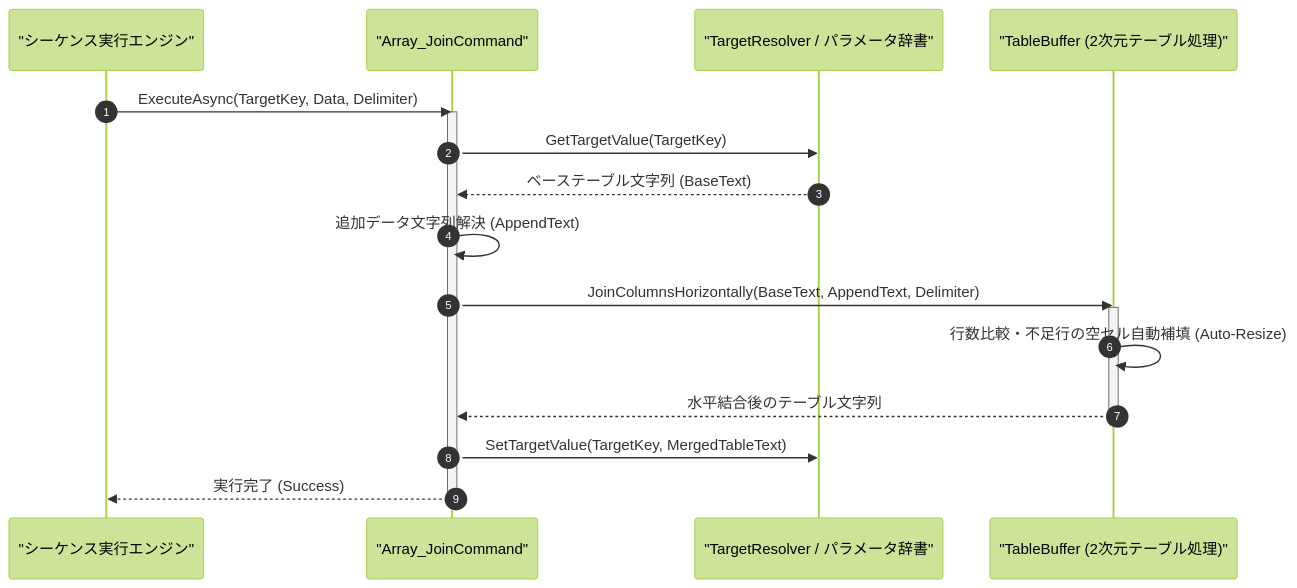
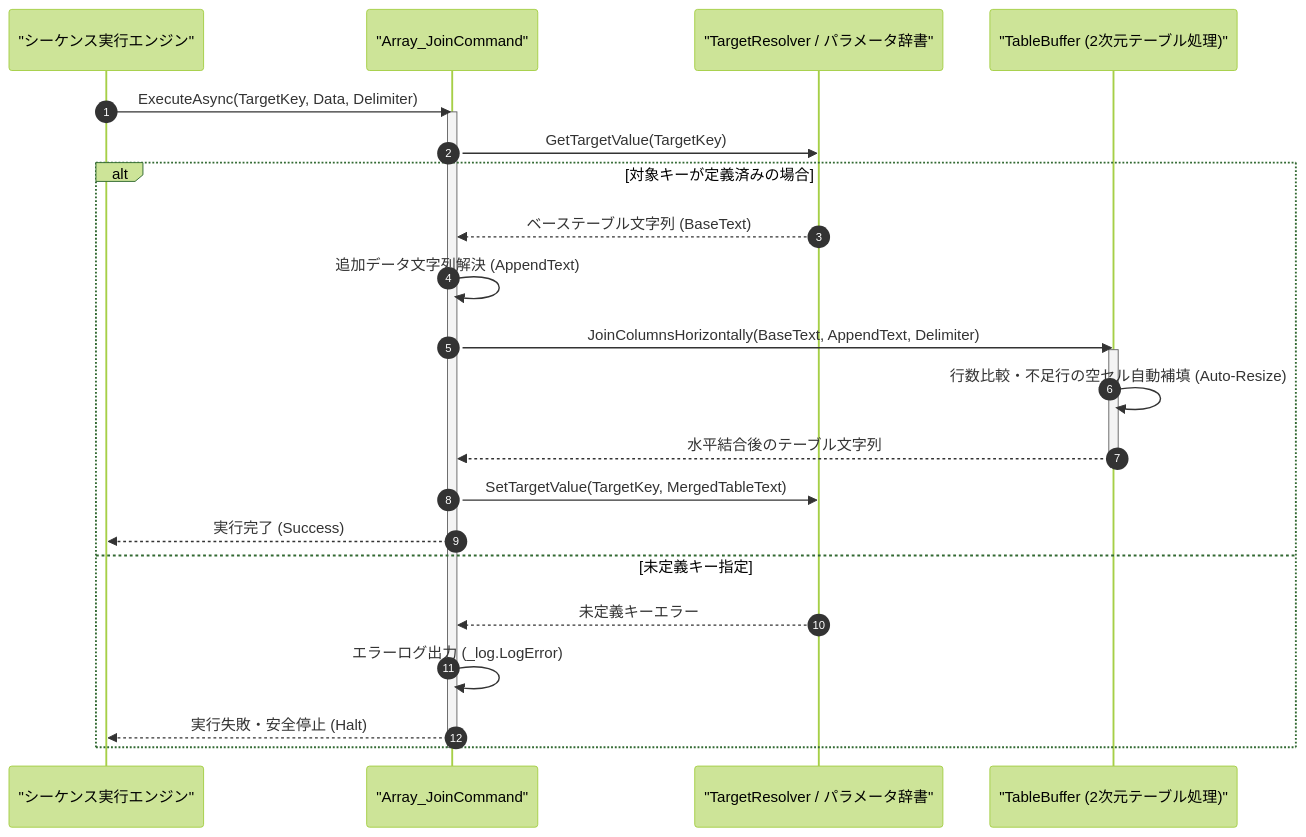
The diagram in Manual/Core/Array/Array_Join.Md (Monaca-App/TermAddIn), drawn with Mermaid (forest theme) before and after one commit. The commit also changed 40 other files, not shown here.

````diff
--- a/Manual/Core/Array/Array_Join.Md
+++ b/Manual/Core/Array/Array_Join.Md
@@ -67,22 +67,28 @@
 ```mermaid
 sequenceDiagram
     autonumber
     participant Engine as "シーケンス実行エンジン"
     participant Cmd as "Array_JoinCommand"
     participant Target as "TargetResolver / パラメータ辞書"
     participant Buffer as "TableBuffer (2次元テーブル処理)"
 
     Engine->>Cmd: ExecuteAsync(TargetKey, Data, Delimiter)
     activate Cmd
     Cmd->>Target: GetTargetValue(TargetKey)
-    Target-->>Cmd: ベーステーブル文字列 (BaseText)
-    Cmd->>Cmd: 追加データ文字列解決 (AppendText)
-    Cmd->>Buffer: JoinColumnsHorizontally(BaseText, AppendText, Delimiter)
-    activate Buffer
-    Buffer->>Buffer: 行数比較・不足行の空セル自動補填 (Auto-Resize)
-    Buffer-->>Cmd: 水平結合後のテーブル文字列
-    deactivate Buffer
-    Cmd->>Target: SetTargetValue(TargetKey, MergedTableText)
-    Cmd-->>Engine: 実行完了 (Success)
+    alt 対象キーが定義済みの場合
+        Target-->>Cmd: ベーステーブル文字列 (BaseText)
+        Cmd->>Cmd: 追加データ文字列解決 (AppendText)
+        Cmd->>Buffer: JoinColumnsHorizontally(BaseText, AppendText, Delimiter)
+        activate Buffer
+        Buffer->>Buffer: 行数比較・不足行の空セル自動補填 (Auto-Resize)
+        Buffer-->>Cmd: 水平結合後のテーブル文字列
+        deactivate Buffer
+        Cmd->>Target: SetTargetValue(TargetKey, MergedTableText)
+        Cmd-->>Engine: 実行完了 (Success)
+    else 未定義キー指定
+        Target-->>Cmd: 未定義キーエラー
+        Cmd->>Cmd: エラーログ出力 (_log.LogError)
+        Cmd-->>Engine: 実行失敗・安全停止 (Halt)
+    end
     deactivate Cmd
 ```
````
